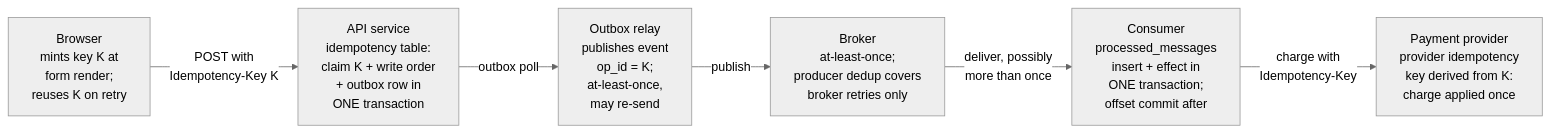
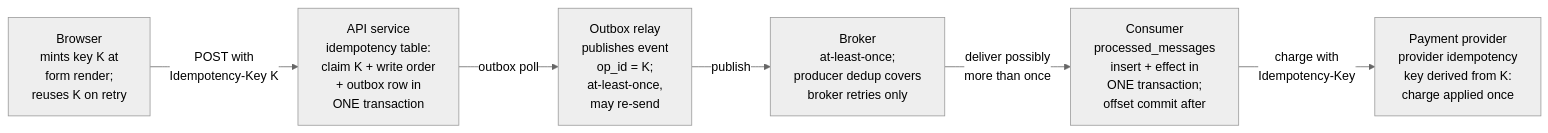
Before and after one commit to bumbsclaw/textbooks: the fourth of 7 diagrams in vol-06-distributed-systems/ch09-idempotency.md, drawn with Mermaid (neutral theme). The commit also changed 173 other files, not shown here.

First line of the commit message:
fix(mermaid): close note brackets, semicolons in Notes, stateDiagram br -> dash, edge parens

````diff
--- a/vol-06-distributed-systems/ch09-idempotency.md
+++ b/vol-06-distributed-systems/ch09-idempotency.md
@@ -527,14 +527,14 @@
 ```mermaid
 flowchart LR
     U["Browser<br/>mints key K at<br/>form render;<br/>reuses K on retry"]
     A["API service<br/>idempotency table:<br/>claim K + write order<br/>+ outbox row in<br/>ONE transaction"]
     O["Outbox relay<br/>publishes event<br/>op_id = K;<br/>at-least-once,<br/>may re-send"]
     B["Broker<br/>at-least-once;<br/>producer dedup covers<br/>broker retries only"]
     C["Consumer<br/>processed_messages<br/>insert + effect in<br/>ONE transaction;<br/>offset commit after"]
     P["Payment provider<br/>provider idempotency<br/>key derived from K:<br/>charge applied once"]
-    U -->|"POST with<br/>Idempotency-Key K"| A
+    U -->|"POST with<br >Idempotency-Key K"| A
     A -->|"outbox poll"| O
     O -->|"publish"| B
-    B -->|"deliver, possibly<br/>more than once"| C
-    C -->|"charge with<br/>Idempotency-Key"| P
+    B -->|"deliver possibly<br >more than once"| C
+    C -->|"charge with<br >Idempotency-Key"| P
 ```
````
